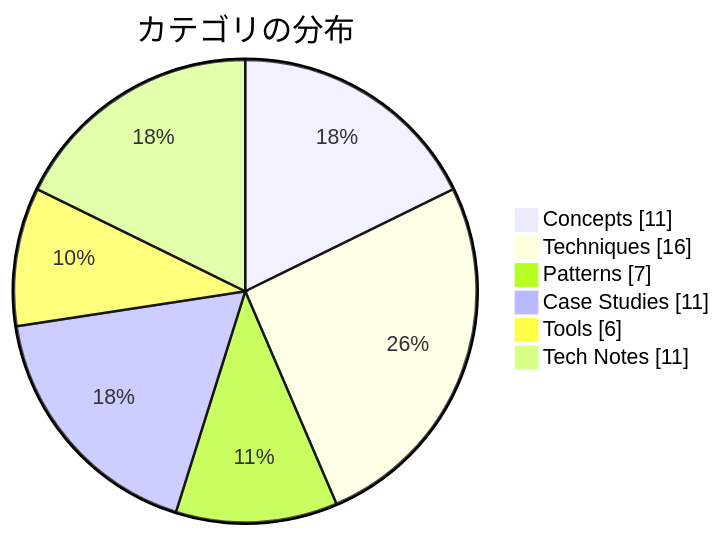
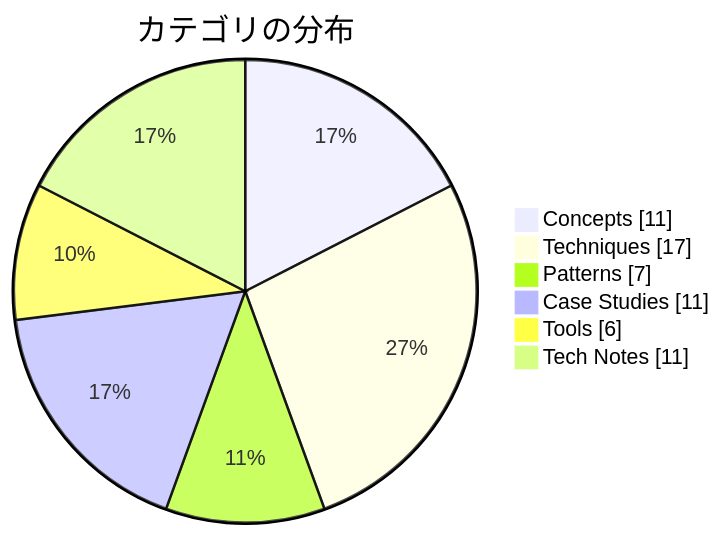
The second of 2 diagrams in docs/index.md (dinekt/dinekt-wiki), drawn with Mermaid before and after one commit. The commit also changed other lines of this file and 5 other files, not shown here.

````diff
--- a/docs/index.md
+++ b/docs/index.md
@@ -37,9 +37,9 @@
 ```mermaid
 pie showData title カテゴリの分布
     "Concepts" : 11
-    "Techniques" : 16
+    "Techniques" : 17
     "Patterns" : 7
     "Case Studies" : 11
     "Tools" : 6
     "Tech Notes" : 11
 ```
````
